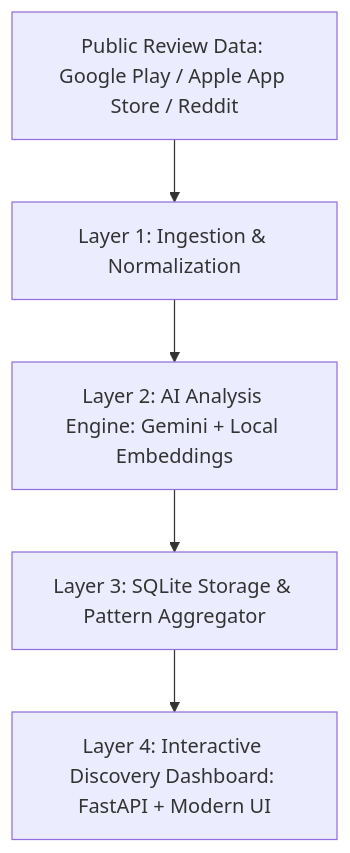
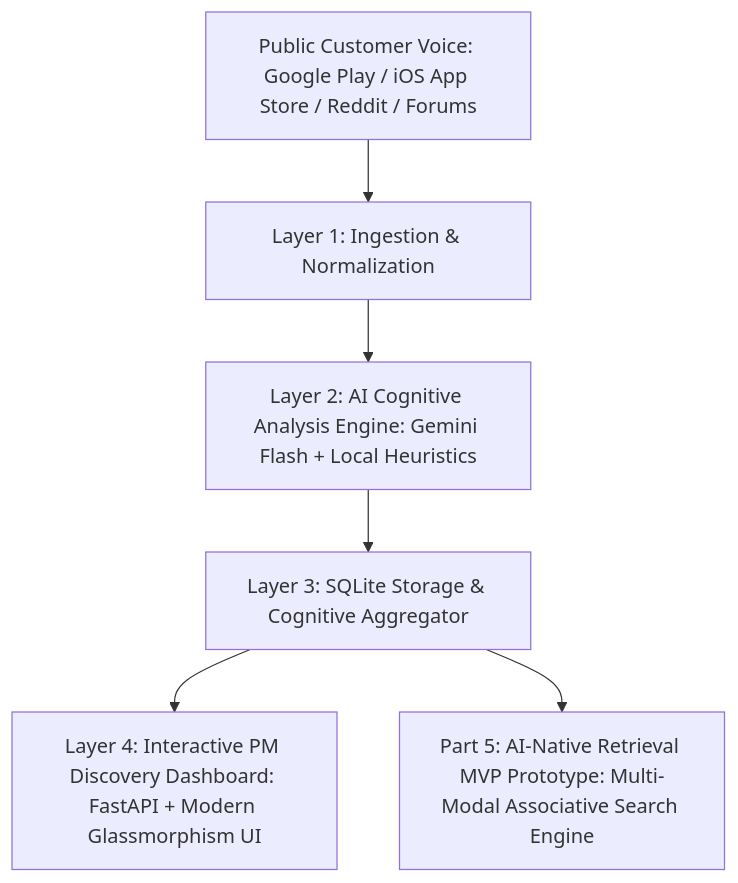
One commit to Shubham-vvn/google-photos-discovery-engine changed the diagram in README.md. Above: the diagram before and after it, drawn with Mermaid. The commit also changed other lines of this file and 34 other files, not shown here.

Commit message:
feat: complete transformation to Google Photos AI Discovery Engine & Retrieval MVP (NextLeap Graduation Project)

````diff
--- a/README.md
+++ b/README.md
@@ -17,7 +41,8 @@
 ```mermaid
 graph TD
-    A[Public Review Data: Google Play / Apple App Store / Reddit] --> B[Layer 1: Ingestion & Normalization]
-    B --> C[Layer 2: AI Analysis Engine: Gemini + Local Embeddings]
-    C --> D[Layer 3: SQLite Storage & Pattern Aggregator]
-    D --> E[Layer 4: Interactive Discovery Dashboard: FastAPI + Modern UI]
+    A[Public Customer Voice: Google Play / iOS App Store / Reddit / Forums] --> B[Layer 1: Ingestion & Normalization]
+    B --> C[Layer 2: AI Cognitive Analysis Engine: Gemini Flash + Local Heuristics]
+    C --> D[Layer 3: SQLite Storage & Cognitive Aggregator]
+    D --> E[Layer 4: Interactive PM Discovery Dashboard: FastAPI + Modern Glassmorphism UI]
+    D --> F[Part 5: AI-Native Retrieval MVP Prototype: Multi-Modal Associative Search Engine]
 ```
````
